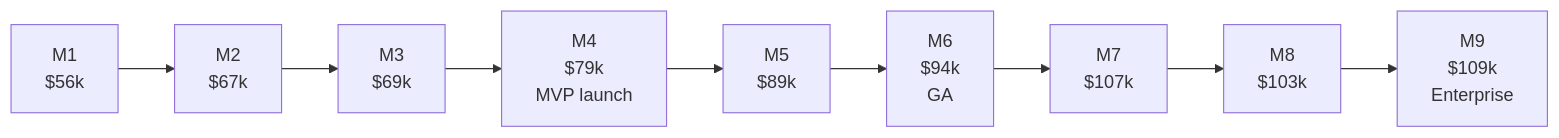
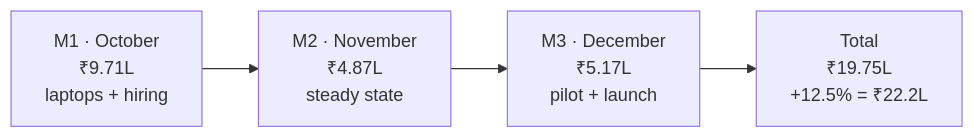
One commit to adarsh-dev-hs/sell-easy-docs changed the second of 2 diagrams in content/docs/team-and-cost/total-budget.mdx. Above: the diagram before and after it, drawn with Mermaid. The commit also changed other lines of this file and 35 other files, not shown here.

````diff
--- a/content/docs/team-and-cost/total-budget.mdx
+++ b/content/docs/team-and-cost/total-budget.mdx
@@ -111,4 +78,4 @@
 ```mermaid
 flowchart LR
-  m1["M1<br/>$56k"] --> m2["M2<br/>$67k"] --> m3["M3<br/>$69k"] --> m4["M4<br/>$79k<br/>MVP launch"] --> m5["M5<br/>$89k"] --> m6["M6<br/>$94k<br/>GA"] --> m7["M7<br/>$107k"] --> m8["M8<br/>$103k"] --> m9["M9<br/>$109k<br/>Enterprise"]
+  m1["M1 · October<br/>₹9.71L<br/>laptops + hiring"] --> m2["M2 · November<br/>₹4.87L<br/>steady state"] --> m3["M3 · December<br/>₹5.17L<br/>pilot + launch"] --> t["Total<br/>₹19.75L<br/>+12.5% = ₹22.2L"]
 ```
````
